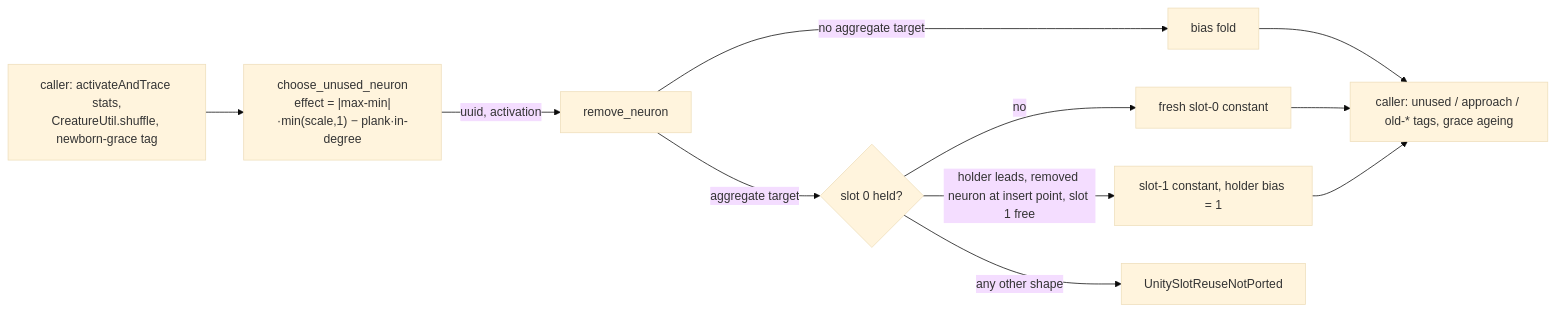
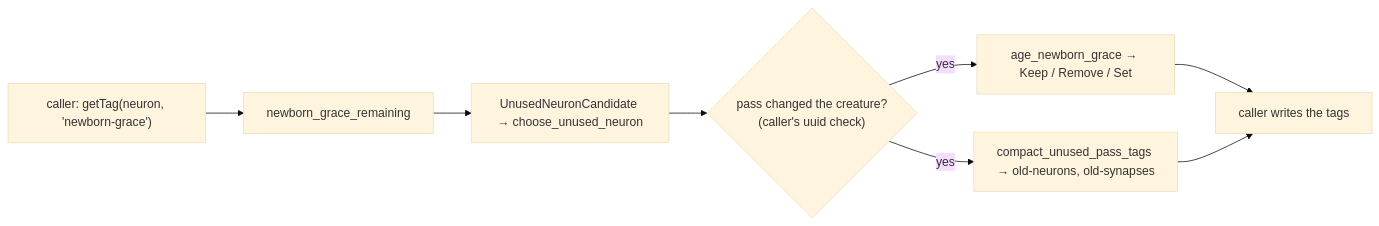
The diagram in docs/archive/pr-summaries/pr-summary-778.md (stSoftwareAU/NEAT-AI-core), drawn with Mermaid (base theme) before and after one commit. The commit also changed other lines of this file and 15 other files, not shown here.

First line of the commit message:
Compaction migration 2B: port existing speculative and trace-dependent compact rules (Issue #778) (#808)

````diff
--- a/docs/archive/pr-summaries/pr-summary-778.md
+++ b/docs/archive/pr-summaries/pr-summary-778.md
@@ -76,13 +130,10 @@
 ```mermaid
 flowchart LR
-    T["caller: activateAndTrace stats,<br/>CreatureUtil.shuffle, newborn-grace tag"] --> C["choose_unused_neuron<br/>effect = |max-min|·min(scale,1) − plank·in-degree"]
-    C -->|"uuid, activation"| R["remove_neuron"]
-    R -->|"no aggregate target"| B["bias fold"]
-    R -->|"aggregate target"| K{"slot 0 held?"}
-    K -->|"no"| F["fresh slot-0 constant"]
-    K -->|"holder leads, removed neuron at insert point, slot 1 free"| S["slot-1 constant, holder bias = 1"]
-    K -->|"any other shape"| X["UnitySlotReuseNotPorted"]
-    B --> O["caller: unused / approach / old-* tags, grace ageing"]
-    F --> O
-    S --> O
+    T["caller: getTag(neuron, 'newborn-grace')"] --> R["newborn_grace_remaining"]
+    R --> C["UnusedNeuronCandidate → choose_unused_neuron"]
+    C --> P{"pass changed the creature?<br/>(caller's uuid check)"}
+    P -->|"yes"| A["age_newborn_grace → Keep / Remove / Set"]
+    P -->|"yes"| O["compact_unused_pass_tags → old-neurons, old-synapses"]
+    A --> W["caller writes the tags"]
+    O --> W
 ```
````
